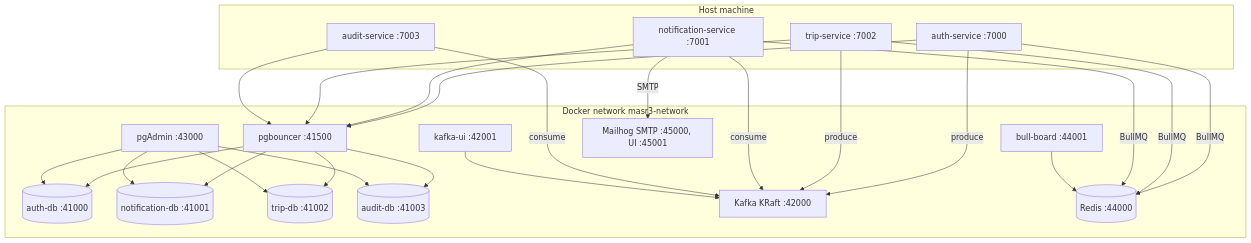
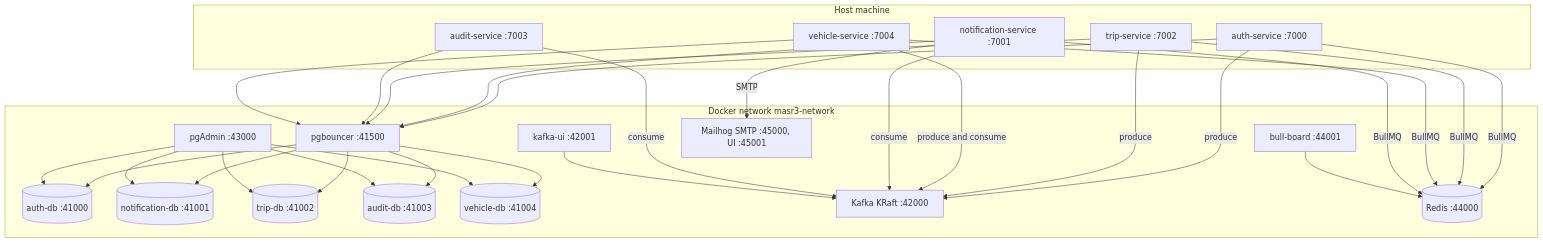
The first of 3 diagrams in docs/infrastructure.md (Mohammed-Taysser/masr3), drawn with Mermaid before and after one commit. The commit also changed other lines of this file and 79 other files, not shown here.

Commit message:
feat: add vehicle-service with a drivers copy from auth.user-changed

````diff
--- a/docs/infrastructure.md
+++ b/docs/infrastructure.md
@@ -9,37 +9,41 @@
 ```mermaid
 flowchart TB
   subgraph host[Host machine]
     auth[auth-service :7000]
     notification[notification-service :7001]
     trip[trip-service :7002]
     audit[audit-service :7003]
+    vehicle[vehicle-service :7004]
   end
 
   subgraph docker[Docker network masr3-network]
     pgbouncer[pgbouncer :41500]
     authdb[(auth-db :41000)]
     notificationdb[(notification-db :41001)]
     tripdb[(trip-db :41002)]
     auditdb[(audit-db :41003)]
+    vehicledb[(vehicle-db :41004)]
     kafka[Kafka KRaft :42000]
     kafkaui[kafka-ui :42001]
     redis[(Redis :44000)]
     bullboard[bull-board :44001]
     pgadmin[pgAdmin :43000]
     mailhog[Mailhog SMTP :45000, UI :45001]
   end
 
-  auth & notification & trip & audit --> pgbouncer
-  pgbouncer --> authdb & notificationdb & tripdb & auditdb
+  auth & notification & trip & audit & vehicle --> pgbouncer
+  pgbouncer --> authdb & notificationdb & tripdb & auditdb & vehicledb
   auth -->|produce| kafka
   trip -->|produce| kafka
+  vehicle -->|produce and consume| kafka
   notification -->|consume| kafka
   audit -->|consume| kafka
   auth -->|BullMQ| redis
   trip -->|BullMQ| redis
+  vehicle -->|BullMQ| redis
   notification -->|BullMQ| redis
   notification -->|SMTP| mailhog
   kafkaui --> kafka
   bullboard --> redis
-  pgadmin --> authdb & notificationdb & tripdb & auditdb
+  pgadmin --> authdb & notificationdb & tripdb & auditdb & vehicledb
 ```
````
